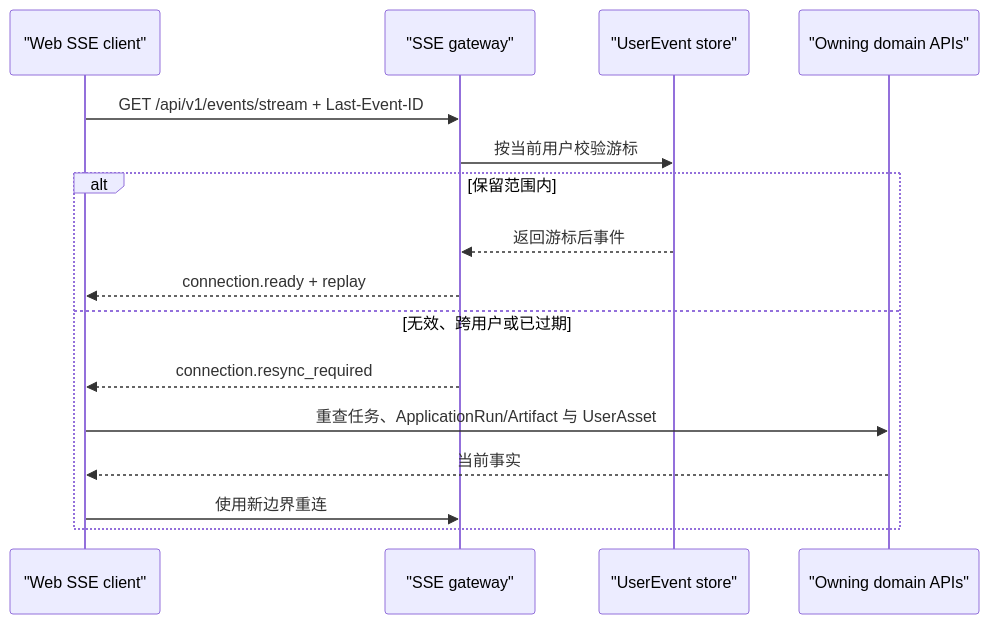
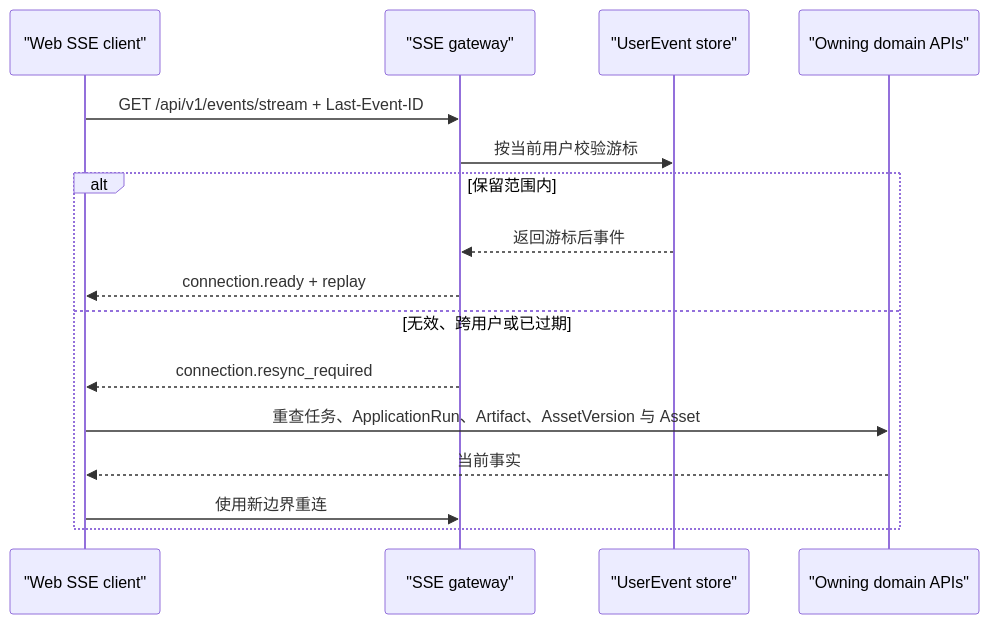
Before and after one commit to wangweihong/omnimam-spec: the third of 3 diagrams in 02_architecture/domains/sse.md, drawn with Mermaid. The commit also changed other lines of this file and 34 other files, not shown here.

Commit message:
spec(asset-library): migrate artifact ownership

````diff
--- a/02_architecture/domains/sse.md
+++ b/02_architecture/domains/sse.md
@@ -58,18 +59,18 @@
 ```mermaid
 sequenceDiagram
   participant Web as "Web SSE client"
   participant Gateway as "SSE gateway"
   participant Store as "UserEvent store"
   participant Facts as "Owning domain APIs"
   Web->>Gateway: GET /api/v1/events/stream + Last-Event-ID
   Gateway->>Store: 按当前用户校验游标
   alt 保留范围内
     Store-->>Gateway: 返回游标后事件
     Gateway-->>Web: connection.ready + replay
   else 无效、跨用户或已过期
     Gateway-->>Web: connection.resync_required
-    Web->>Facts: 重查任务、ApplicationRun/Artifact 与 UserAsset
+    Web->>Facts: 重查任务、ApplicationRun、Artifact、AssetVersion 与 Asset
     Facts-->>Web: 当前事实
     Web->>Gateway: 使用新边界重连
   end
 ```
````
